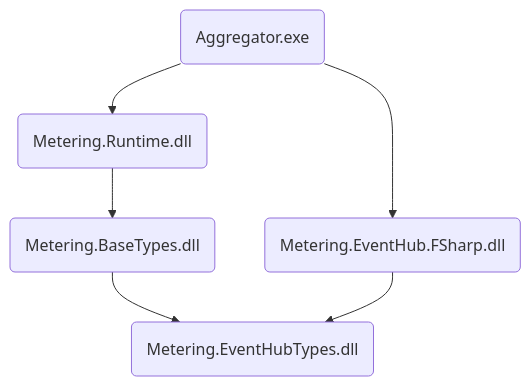
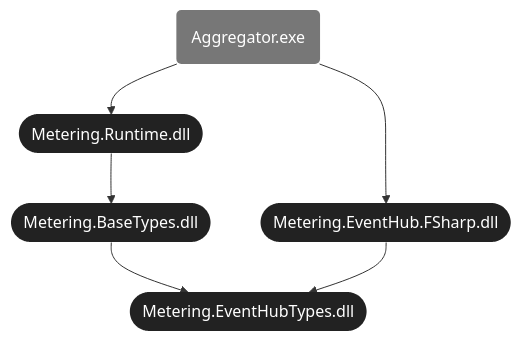
Before and after one commit to microsoft/metered-billing-accelerator: the diagram in src/README.md, drawn with Mermaid. The commit also changed 2 other files, not shown here.

````diff
--- a/src/README.md
+++ b/src/README.md
@@ -393,9 +393,15 @@
 ```mermaid
 graph TD
-     EventHubTypes(Metering.EventHubTypes.dll)
-     BaseTypes(Metering.BaseTypes.dll) --> EventHubTypes
-     RunTime(Metering.Runtime.dll) --> BaseTypes
-     EventHubFSharp(Metering.EventHub.FSharp.dll) --> EventHubTypes
+     EventHubTypes([Metering.EventHubTypes.dll])
+     BaseTypes([Metering.BaseTypes.dll]) --> EventHubTypes
+     RunTime([Metering.Runtime.dll]) --> BaseTypes
+     EventHubFSharp([Metering.EventHub.FSharp.dll]) --> EventHubTypes
      Aggregator(Aggregator.exe) --> RunTime
-     Aggregator(Aggregator.exe) --> EventHubFSharp
+     Aggregator --> EventHubFSharp
+     
+    style EventHubTypes  fill:#222,color:#fff,stroke-width:0px
+    style BaseTypes      fill:#222,color:#fff,stroke-width:0px
+    style RunTime        fill:#222,color:#fff,stroke-width:0px
+    style EventHubFSharp fill:#222,color:#fff,stroke-width:0px
+    style Aggregator     fill:#777,color:#fff,stroke-width:0px
 ```
````
